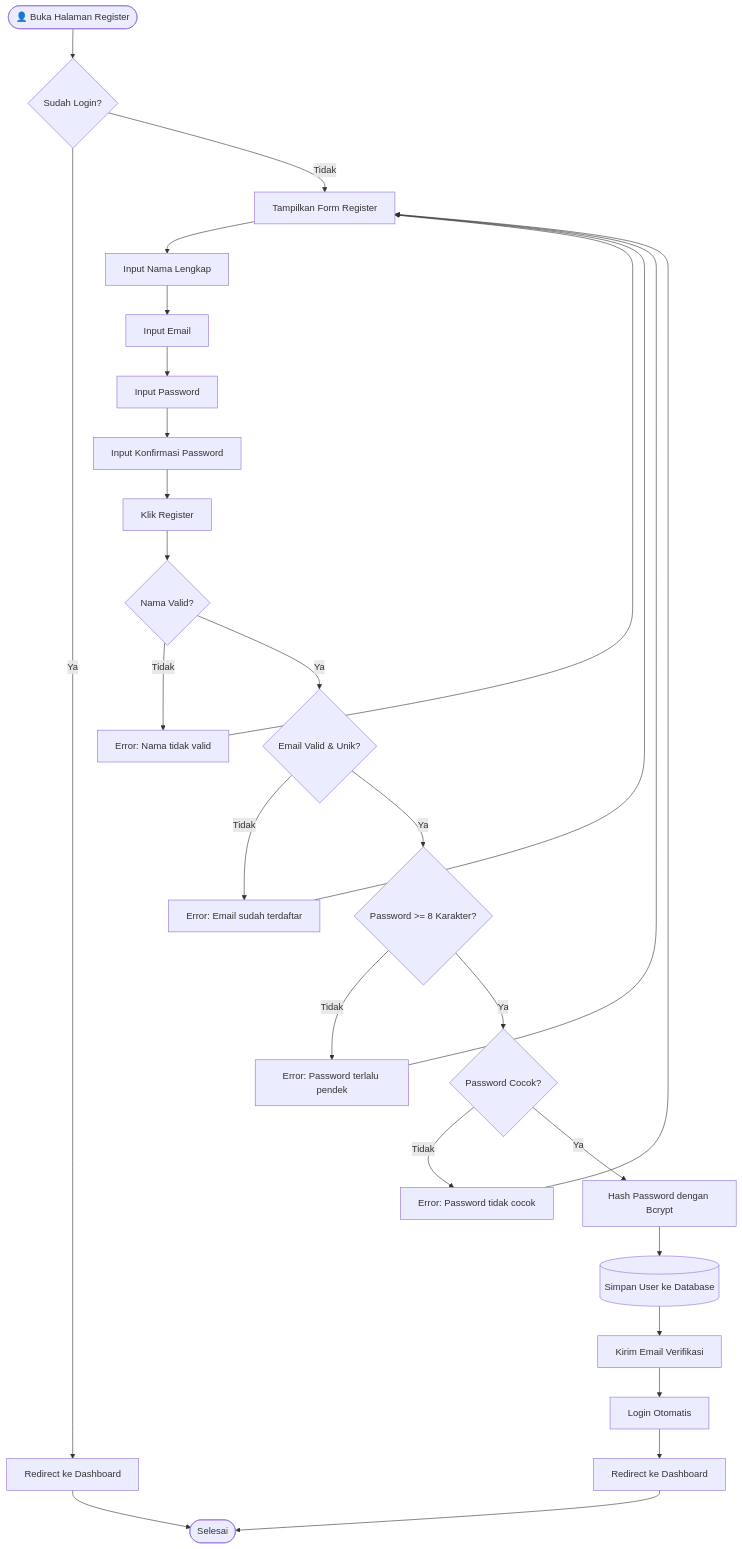
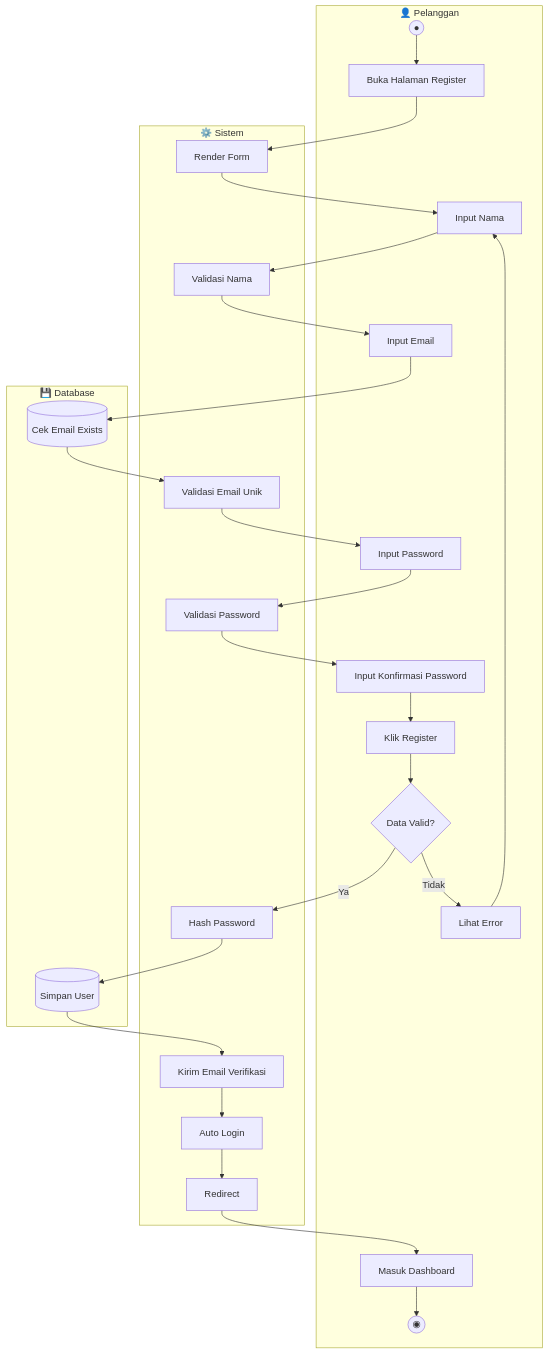
One commit to mustarisyahding07-spec/WEBSITE_SKRIPSI_MUSTARI changed the tenth of 17 diagrams in docs/ACTIVITY_DIAGRAMS.md. Above: the diagram before and after it, drawn with Mermaid. The commit also changed other lines of this file, not shown here.

Commit message:
docs: update activity diagrams with swimlane format

````diff
--- a/docs/ACTIVITY_DIAGRAMS.md
+++ b/docs/ACTIVITY_DIAGRAMS.md
@@ -409,36 +563,54 @@
 ```mermaid
 flowchart TD
-    Start([👤 Buka Halaman Register]) --> CheckSession{Sudah Login?}
-    CheckSession -->|Ya| RedirectDashboard[Redirect ke Dashboard]
-    RedirectDashboard --> End([Selesai])
+    subgraph Pelanggan["👤 Pelanggan"]
+        P1((●))
+        P2[Buka Halaman Register]
+        P3[Input Nama]
+        P4[Input Email]
+        P5[Input Password]
+        P6[Input Konfirmasi Password]
+        P7[Klik Register]
+        P8{Data Valid?}
+        P9[Lihat Error]
+        P10[Masuk Dashboard]
+        P11((◉))
+    end
     
-    CheckSession -->|Tidak| DisplayForm[Tampilkan Form Register]
-    DisplayForm --> InputName[Input Nama Lengkap]
-    InputName --> InputEmail[Input Email]
-    InputEmail --> InputPassword[Input Password]
-    InputPassword --> InputConfirm[Input Konfirmasi Password]
-    InputConfirm --> ClickRegister[Klik Register]
+    subgraph Sistem["⚙️ Sistem"]
+        S1[Render Form]
+        S2[Validasi Nama]
+        S3[Validasi Email Unik]
+        S4[Validasi Password]
+        S5[Hash Password]
+        S6[Kirim Email Verifikasi]
+        S7[Auto Login]
+        S8[Redirect]
+    end
     
-    ClickRegister --> ValidateName{Nama Valid?}
-    ValidateName -->|Tidak| ShowNameError[Error: Nama tidak valid]
-    ShowNameError --> DisplayForm
+    subgraph Database["💾 Database"]
+        D1[(Cek Email Exists)]
+        D2[(Simpan User)]
+    end
     
-    ValidateName -->|Ya| ValidateEmail{Email Valid & Unik?}
-    ValidateEmail -->|Tidak| ShowEmailError[Error: Email sudah terdaftar]
-    ShowEmailError --> DisplayForm
-    
-    ValidateEmail -->|Ya| ValidatePassword{Password >= 8 Karakter?}
-    ValidatePassword -->|Tidak| ShowPasswordError[Error: Password terlalu pendek]
-    ShowPasswordError --> DisplayForm
-    
-    ValidatePassword -->|Ya| ValidateConfirm{Password Cocok?}
-    ValidateConfirm -->|Tidak| ShowConfirmError[Error: Password tidak cocok]
-    ShowConfirmError --> DisplayForm
-    
-    ValidateConfirm -->|Ya| HashPassword[Hash Password dengan Bcrypt]
-    HashPassword --> CreateUser[(Simpan User ke Database)]
-    CreateUser --> SendVerificationEmail[Kirim Email Verifikasi]
-    SendVerificationEmail --> AutoLogin[Login Otomatis]
-    AutoLogin --> RedirectDashboard2[Redirect ke Dashboard]
-    RedirectDashboard2 --> End
+    P1 --> P2
+    P2 --> S1
+    S1 --> P3
+    P3 --> S2
+    S2 --> P4
+    P4 --> D1
+    D1 --> S3
+    S3 --> P5
+    P5 --> S4
+    S4 --> P6
+    P6 --> P7
+    P7 --> P8
+    P8 -->|Tidak| P9
+    P9 --> P3
+    P8 -->|Ya| S5
+    S5 --> D2
+    D2 --> S6
+    S6 --> S7
+    S7 --> S8
+    S8 --> P10
+    P10 --> P11
 ```
````
